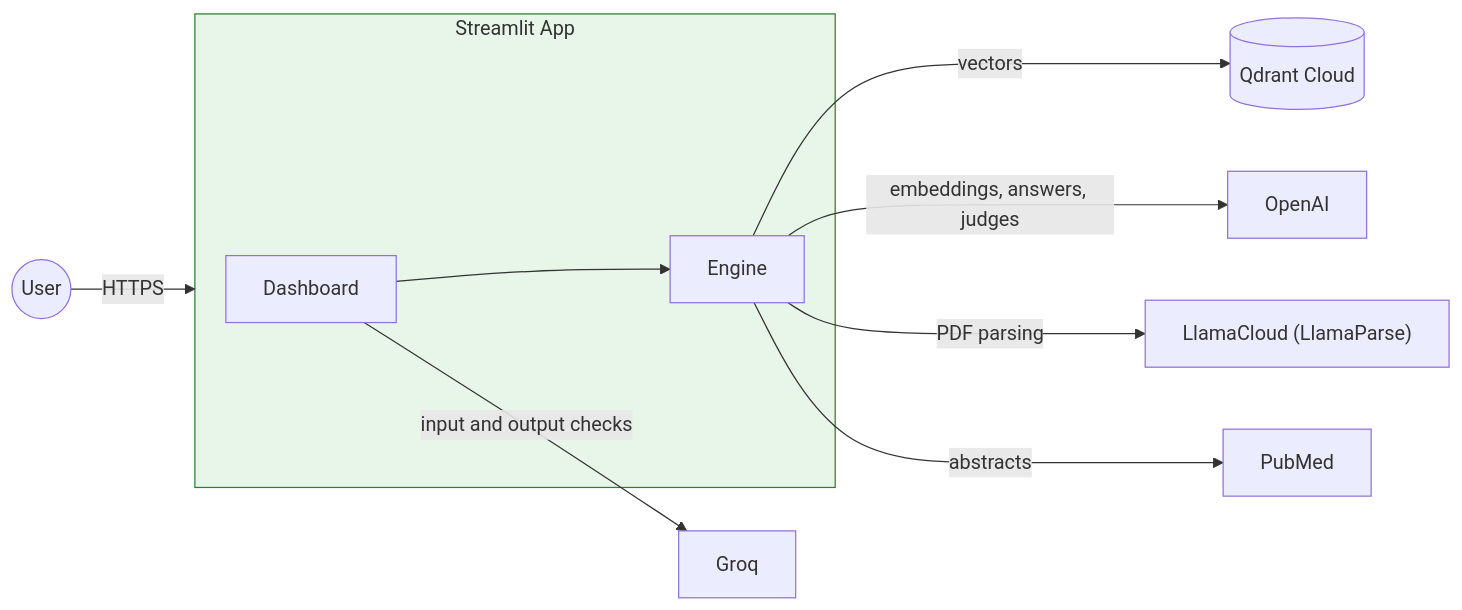
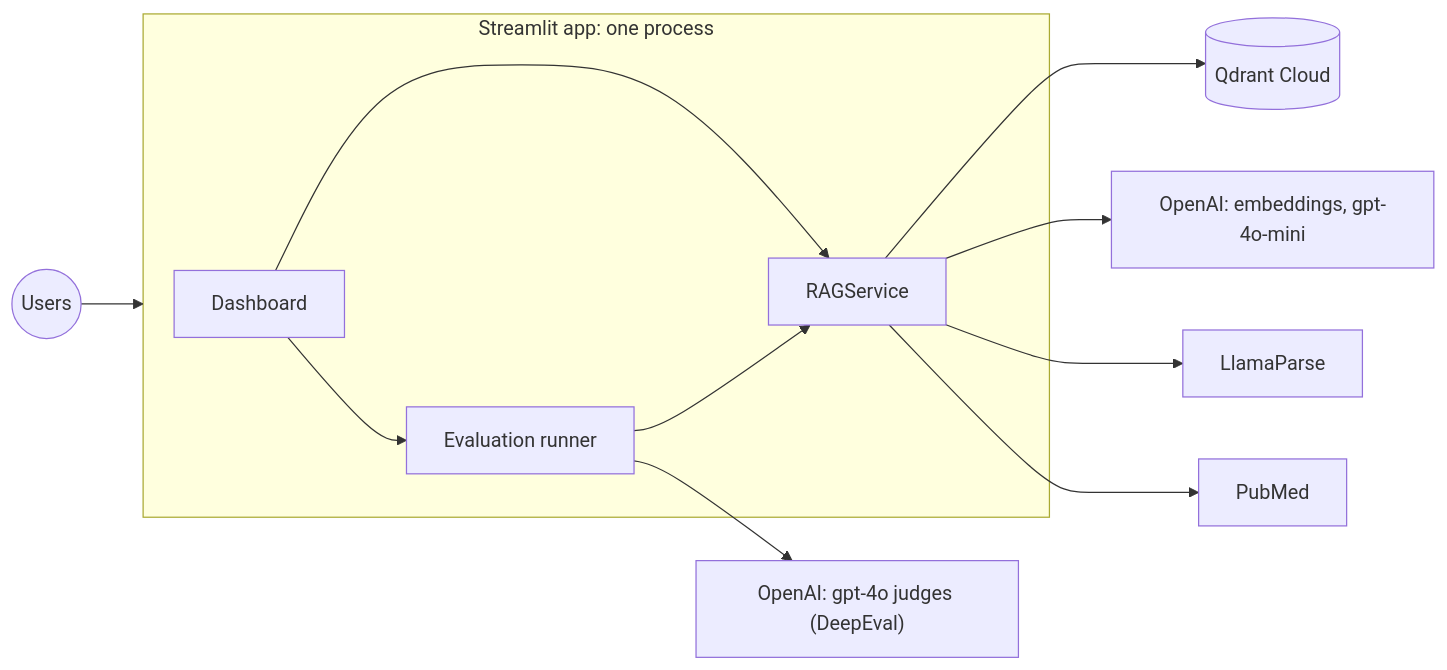
Before and after one commit to abhishek-tiwari-nitrr/PulseRAG: the first of 5 diagrams in docs/HLD.md, drawn with Mermaid. The commit also changed other lines of this file and 6 other files, not shown here.

````diff
--- a/docs/HLD.md
+++ b/docs/HLD.md
@@ -13,16 +13,14 @@
 ```mermaid
 flowchart LR
-U(("User")) -->|HTTPS| ST
-
-subgraph ST["Streamlit App"]
-UI["Dashboard"] --> ENG["Engine"]
-end
-
-ENG -->|"vectors"| QC[("Qdrant Cloud")]
-ENG -->|"embeddings, answers, judges"| OAI["OpenAI"]
-UI -->|"input and output checks"| GRQ["Groq"]
-ENG -->|"PDF parsing"| LP["LlamaCloud (LlamaParse)"]
-ENG -->|"abstracts"| PM["PubMed"]
-
-style ST fill:#e8f5e9,stroke:#2e7d32
+    U(("Users")) --> ST
+    subgraph ST["Streamlit app: one process"]
+        UI["Dashboard"] --> SVC["RAGService"]
+        UI --> EV["Evaluation runner"]
+        EV --> SVC
+    end
+    SVC --> QC[("Qdrant Cloud")]
+    SVC --> OAI["OpenAI: embeddings, gpt-4o-mini"]
+    SVC --> LP["LlamaParse"]
+    SVC --> PM["PubMed"]
+    EV --> JDG["OpenAI: gpt-4o judges (DeepEval)"]
 ```
````
